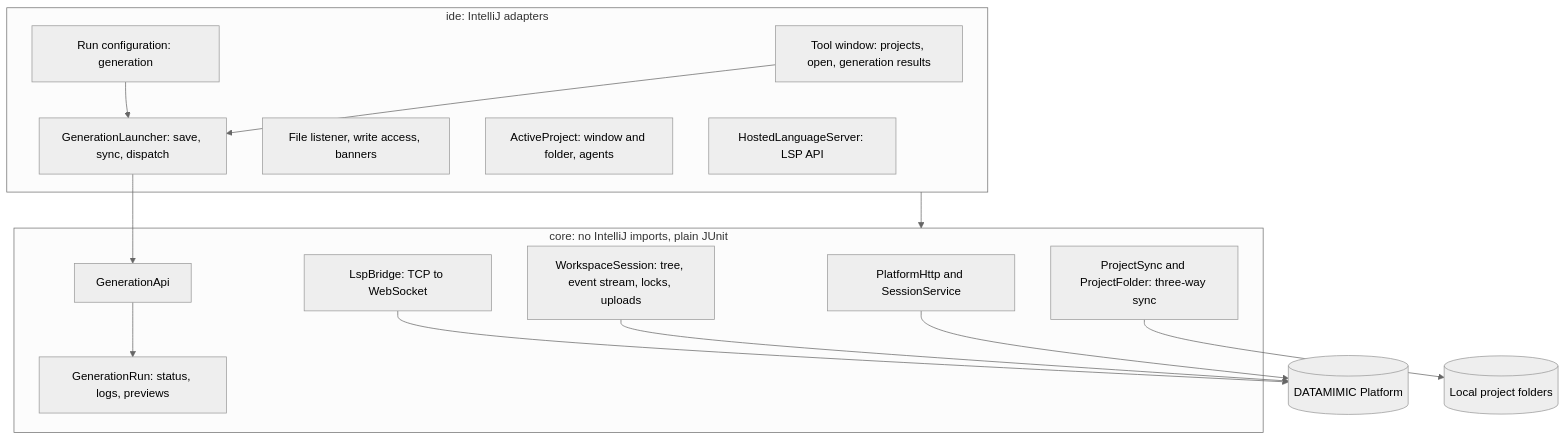
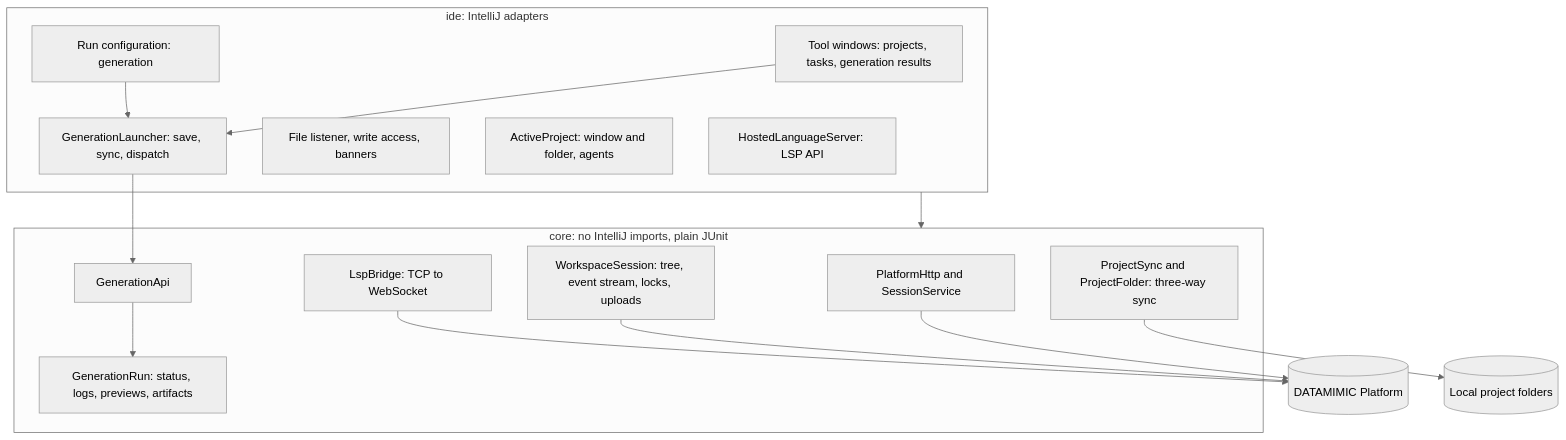
Before and after one commit to rapiddweller/datamimic-jetbrains: the diagram in README.md, drawn with Mermaid (neutral theme). The commit also changed other lines of this file and 2 other files, not shown here.

````diff
--- a/README.md
+++ b/README.md
@@ -54,28 +55,28 @@
 ```mermaid
 flowchart TB
   subgraph ide["ide: IntelliJ adapters"]
-    TW["Tool window: projects, open, generation results"]
+    TW["Tool windows: projects, tasks, generation results"]
     RC["Run configuration: generation"]
     GL["GenerationLauncher: save, sync, dispatch"]
     FL["File listener, write access, banners"]
     AP["ActiveProject: window and folder, agents"]
     LSP["HostedLanguageServer: LSP API"]
   end
   subgraph core["core: no IntelliJ imports, plain JUnit"]
     HTTP["PlatformHttp and SessionService"]
     WS["WorkspaceSession: tree, event stream, locks, uploads"]
     SY["ProjectSync and ProjectFolder: three-way sync"]
     GEN[GenerationApi]
-    GR["GenerationRun: status, logs, previews"]
+    GR["GenerationRun: status, logs, previews, artifacts"]
     BR["LspBridge: TCP to WebSocket"]
   end
   TW --> GL
   RC --> GL
   ide --> core
   GL --> GEN
   GEN --> GR
   HTTP --> P[("DATAMIMIC Platform")]
   WS --> P
   SY --> D[("Local project folders")]
   BR --> P
 ```
````
